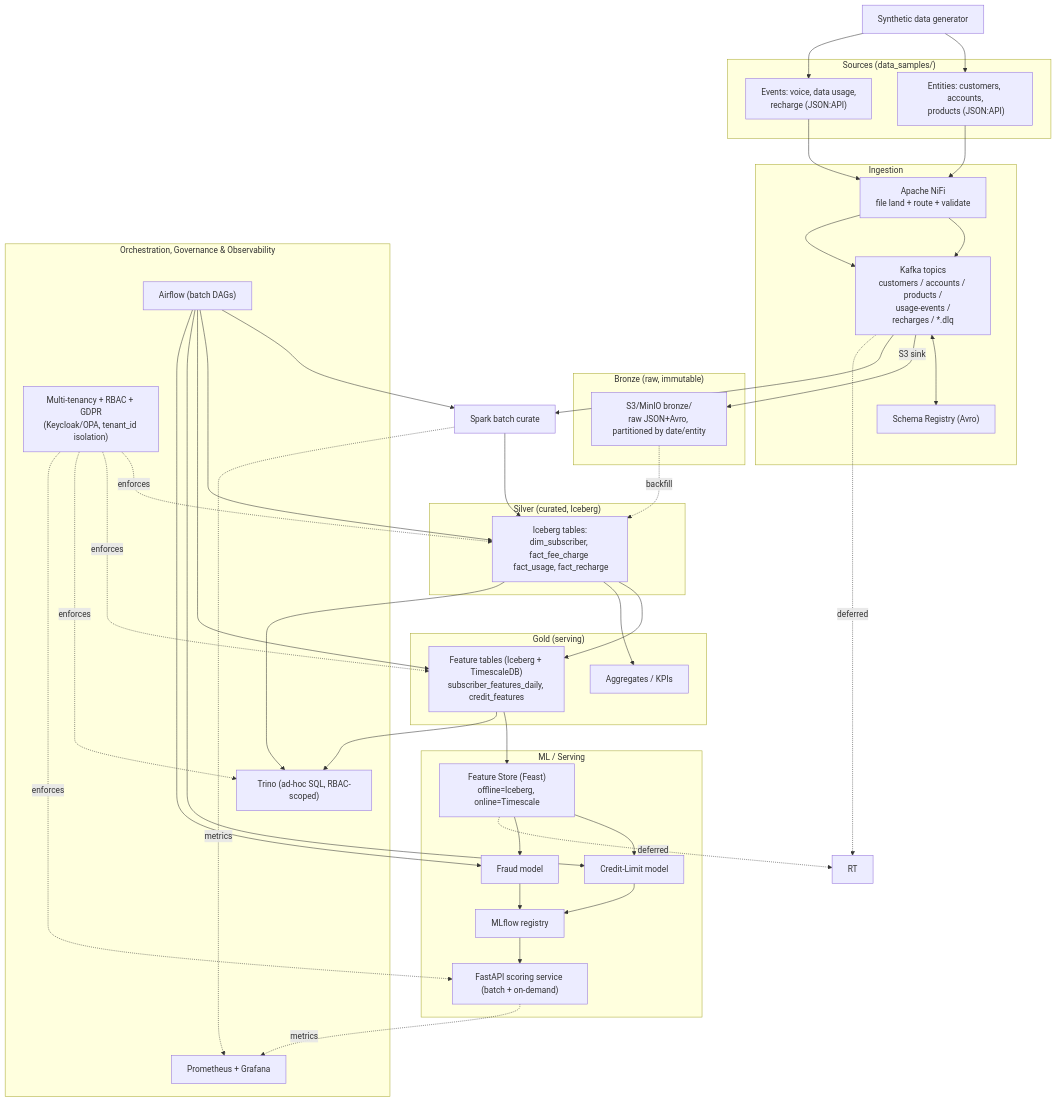
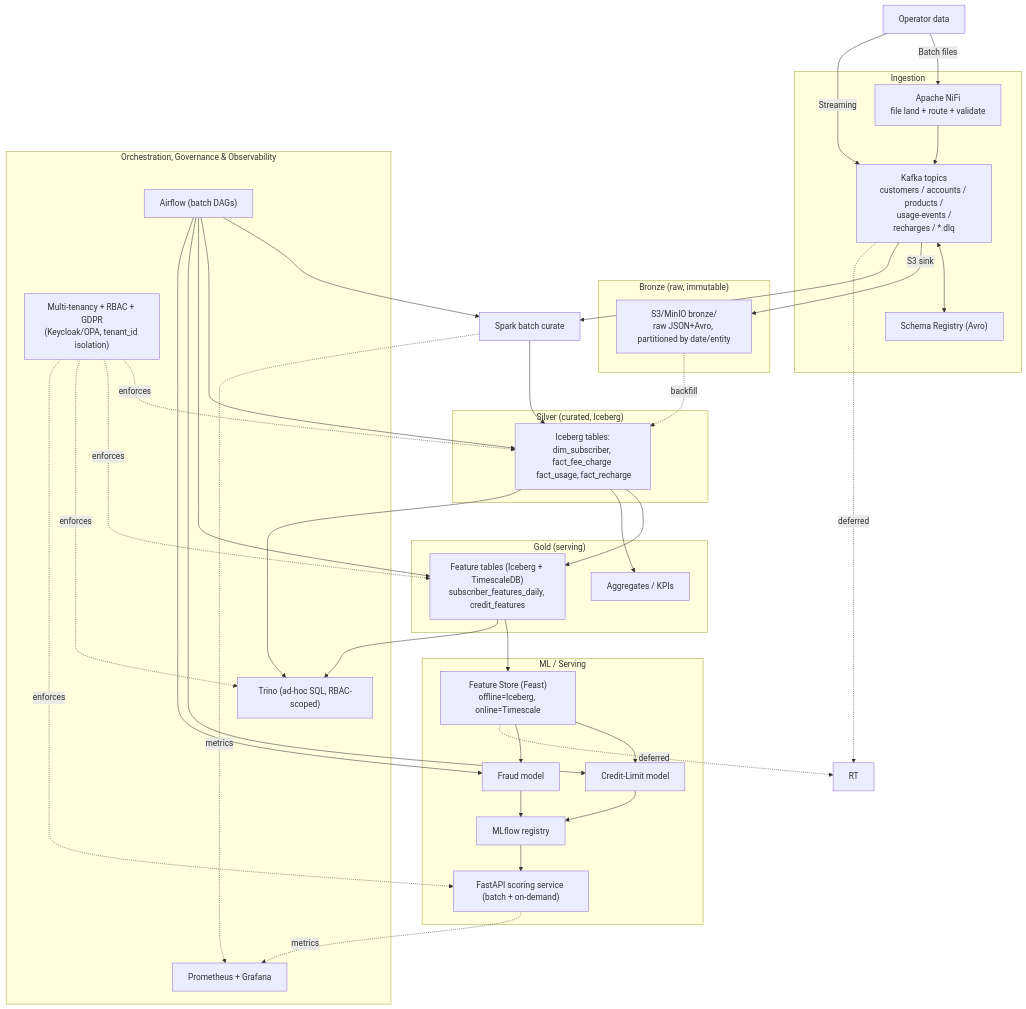
The diagram in docs/architecture_and_implementation_plan.md (vikasagarwal2485/intelligent_data_platform), drawn with Mermaid before and after one commit.

````diff
--- a/docs/architecture_and_implementation_plan.md
+++ b/docs/architecture_and_implementation_plan.md
@@ -76,61 +76,56 @@
 ```mermaid
 flowchart TB
-    subgraph SRC["Sources (data_samples/)"]
-        E1["Entities: customers, accounts,<br/> products (JSON:API)"]
-        E2["Events: voice, data usage,<br/>recharge (JSON:API)"]
-    end
 
     subgraph ING["Ingestion"]
         NIFI["Apache NiFi<br/>file land + route + validate"]
         KAFKA["Kafka topics<br/>customers / accounts / products /<br/>usage-events /<br/>recharges / *.dlq"]
         SR["Schema Registry (Avro)"]
     end
 
     subgraph BRONZE["Bronze (raw, immutable)"]
         B["S3/MinIO bronze/<br/>raw JSON+Avro, partitioned by date/entity"]
     end
 
     subgraph SILVER["Silver (curated, Iceberg)"]
         S["Iceberg tables:<br/>dim_subscriber, fact_fee_charge <br/> fact_usage, fact_recharge"]
     end
 
     subgraph GOLD["Gold (serving)"]
         G1["Feature tables (Iceberg + TimescaleDB)<br/>subscriber_features_daily, credit_features"]
         G2["Aggregates / KPIs"]
     end
 
     subgraph ML["ML / Serving"]
         FS["Feature Store (Feast)<br/>offline=Iceberg, online=Timescale"]
         M1["Credit-Limit model"]
         M2["Fraud model"]
         REG["MLflow registry"]
         API["FastAPI scoring service (batch + on-demand)"]
     end
 
     subgraph OPS["Orchestration, Governance & Observability"]
         AF["Airflow (batch DAGs)"]
         MON["Prometheus + Grafana"]
         TR["Trino (ad-hoc SQL, RBAC-scoped)"]
         GOV["Multi-tenancy + RBAC + GDPR<br/>(Keycloak/OPA, tenant_id isolation)"]
     end
 
-    SYN["Synthetic data generator"] --> E1 & E2
-    E1 --> NIFI --> KAFKA
-    E2 --> NIFI --> KAFKA
+    SYN["Operator data"] --> |Batch files| NIFI --> KAFKA
+    SYN["Operator data"] --> |Streaming| KAFKA
     KAFKA <--> SR
     KAFKA -->|S3 sink| B
     KAFKA --> SPARK[Spark batch curate] --> S
     B -.backfill.-> S
     S --> G1 & G2
     G1 --> FS
     FS --> M1 & M2
     M1 & M2 --> REG --> API
     KAFKA -.deferred.-> RT
     FS -.deferred.-> RT
     AF --> SPARK & S & G1 & M1 & M2
     S --> TR
     G1 --> TR
     GOV -.enforces.-> S & G1 & TR & API
     SPARK -.metrics.-> MON
     API -.metrics.-> MON
 ```
````
